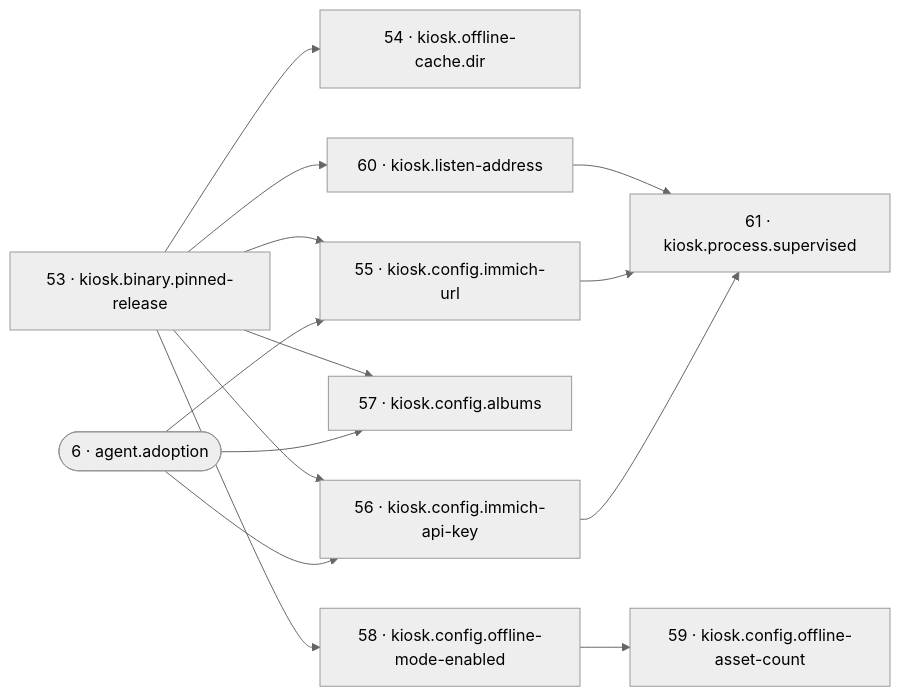
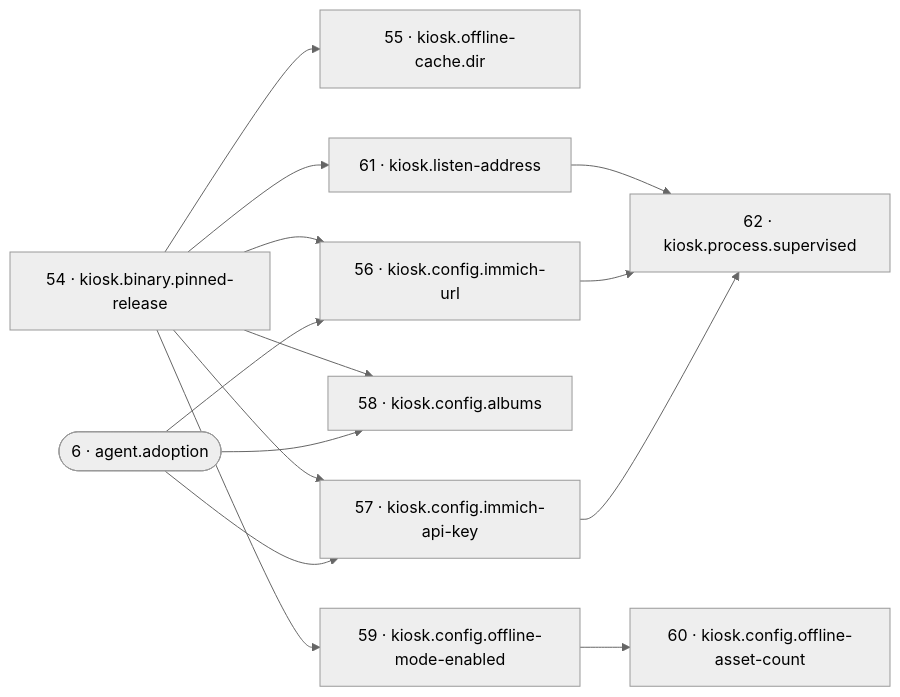
One commit to SixFive7/FrameLink changed diagram 18 of 21 in reference/reconcile-dag.md. Above: the diagram before and after it, drawn with Mermaid (neutral theme). The commit also changed other lines of this file and 5 other files, not shown here.

````diff
--- a/reference/reconcile-dag.md
+++ b/reference/reconcile-dag.md
@@ -469,26 +471,26 @@
 ```mermaid
 flowchart LR
-  r53["53 · kiosk.binary.pinned-release"]
-  r54["54 · kiosk.offline-cache.dir"]
-  r55["55 · kiosk.config.immich-url"]
-  r56["56 · kiosk.config.immich-api-key"]
-  r57["57 · kiosk.config.albums"]
-  r58["58 · kiosk.config.offline-mode-enabled"]
-  r59["59 · kiosk.config.offline-asset-count"]
-  r60["60 · kiosk.listen-address"]
-  r61["61 · kiosk.process.supervised"]
+  r54["54 · kiosk.binary.pinned-release"]
+  r55["55 · kiosk.offline-cache.dir"]
+  r56["56 · kiosk.config.immich-url"]
+  r57["57 · kiosk.config.immich-api-key"]
+  r58["58 · kiosk.config.albums"]
+  r59["59 · kiosk.config.offline-mode-enabled"]
+  r60["60 · kiosk.config.offline-asset-count"]
+  r61["61 · kiosk.listen-address"]
+  r62["62 · kiosk.process.supervised"]
   r6(["6 · agent.adoption"])
-  r53 --> r54
-  r53 --> r55
-  r6 --> r55
-  r53 --> r56
+  r54 --> r55
+  r54 --> r56
   r6 --> r56
-  r53 --> r57
+  r54 --> r57
   r6 --> r57
-  r53 --> r58
-  r58 --> r59
-  r53 --> r60
-  r60 --> r61
-  r55 --> r61
-  r56 --> r61
+  r54 --> r58
+  r6 --> r58
+  r54 --> r59
+  r59 --> r60
+  r54 --> r61
+  r61 --> r62
+  r56 --> r62
+  r57 --> r62
 ```
````
